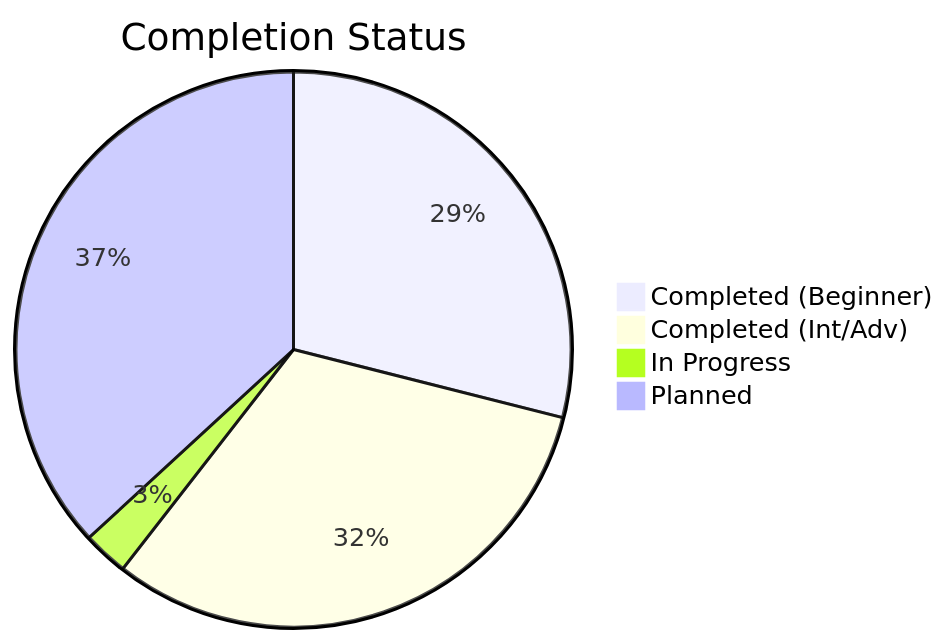
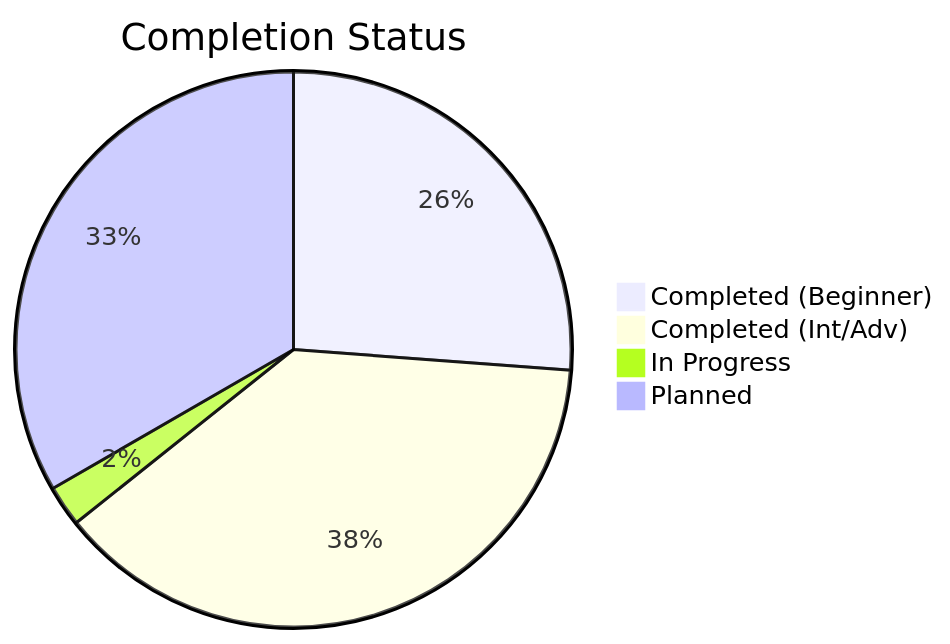
One commit to Ganil151/Devops changed the third of 3 diagrams in 1-Beginner/02-Phase-2/01-Automation/AUTOMATION_MASTER_INDEX.md. Above: the diagram before and after it, drawn with Mermaid. The commit also changed other lines of this file and 8 other files, not shown here.

````diff
--- a/1-Beginner/02-Phase-2/01-Automation/AUTOMATION_MASTER_INDEX.md
+++ b/1-Beginner/02-Phase-2/01-Automation/AUTOMATION_MASTER_INDEX.md
@@ -763,7 +819,7 @@
 ```mermaid
 pie title Completion Status
     "Completed (Beginner)" : 11
-    "Completed (Int/Adv)" : 12
+    "Completed (Int/Adv)" : 16
     "In Progress" : 1
     "Planned" : 14
 ```
````
